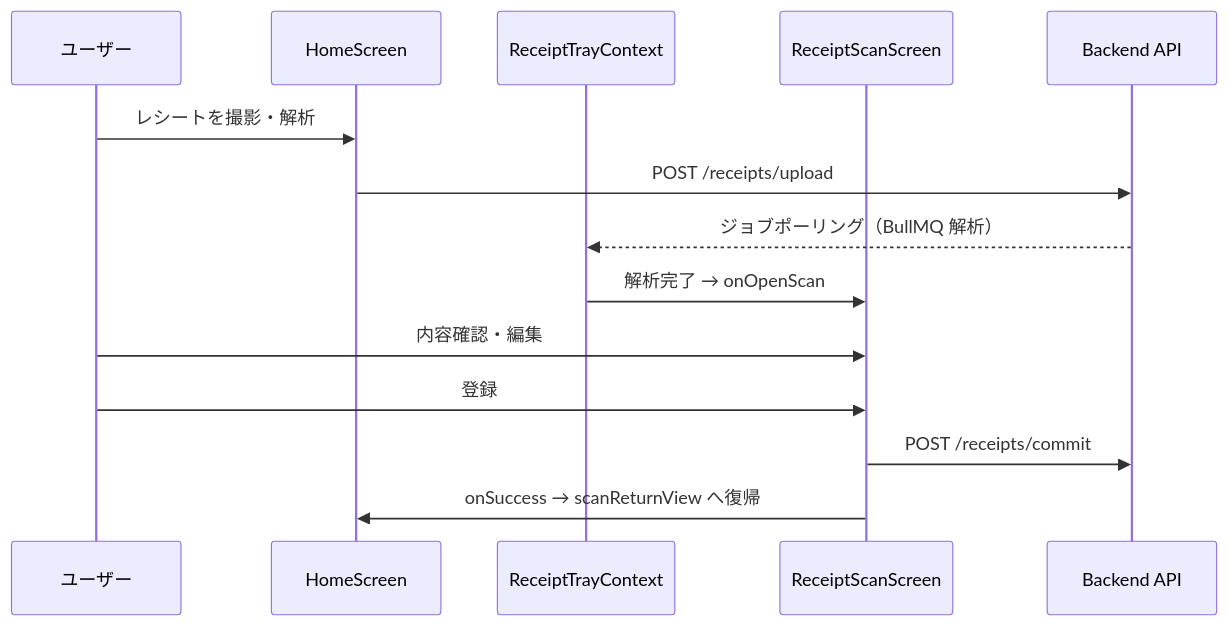
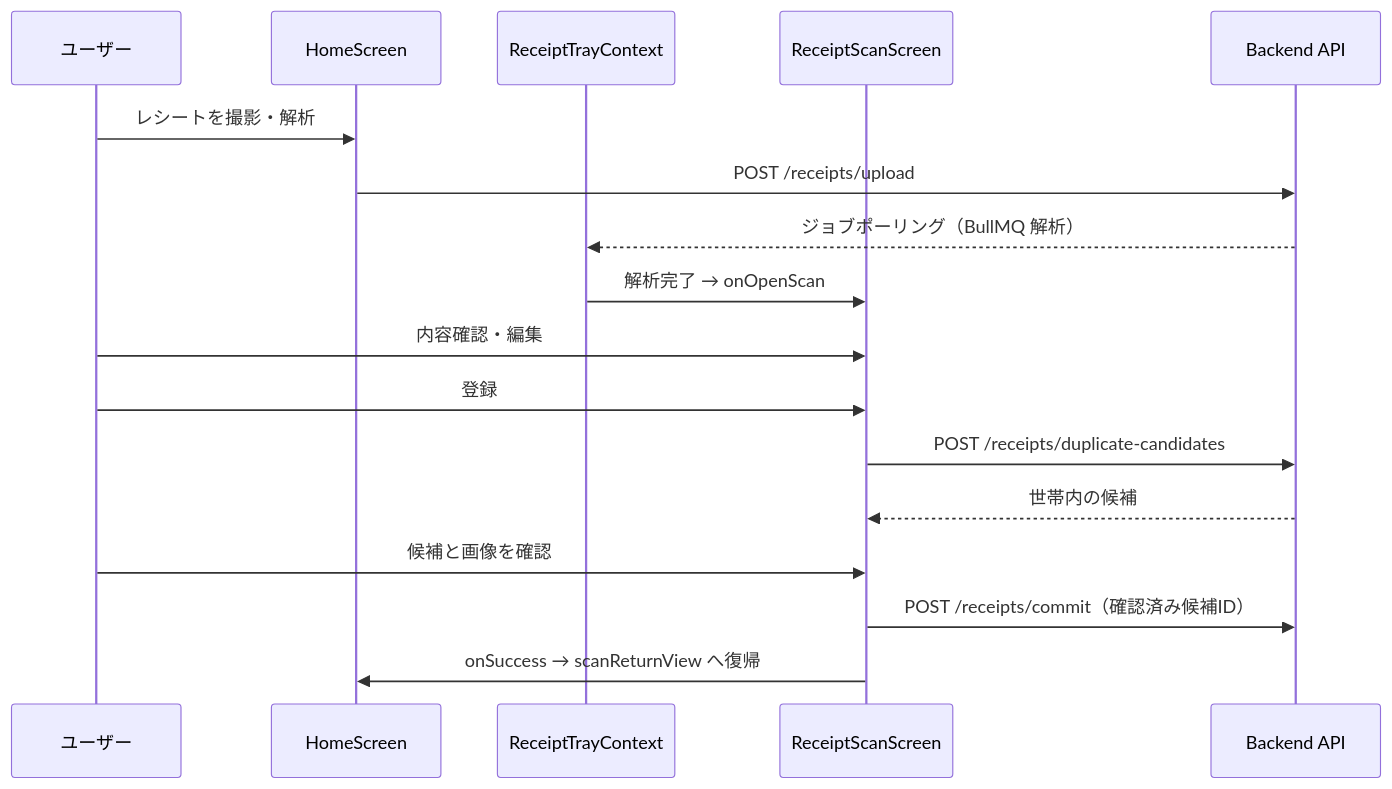
Before and after one commit to yama180sx/receipt-ai-app: the fourth of 4 diagrams in docs/design/frontend-screens.md, drawn with Mermaid. The commit also changed other lines of this file and 29 other files, not shown here.

Commit message:
feat: review possible duplicate receipts before saving

````diff
--- a/docs/design/frontend-screens.md
+++ b/docs/design/frontend-screens.md
@@ -291,17 +291,20 @@
 ```mermaid
 sequenceDiagram
   participant U as ユーザー
   participant Home as HomeScreen
   participant Tray as ReceiptTrayContext
   participant Scan as ReceiptScanScreen
   participant API as Backend API
 
   U->>Home: レシートを撮影・解析
   Home->>API: POST /receipts/upload
   API-->>Tray: ジョブポーリング（BullMQ 解析）
   Tray->>Scan: 解析完了 → onOpenScan
   U->>Scan: 内容確認・編集
   U->>Scan: 登録
-  Scan->>API: POST /receipts/commit
+  Scan->>API: POST /receipts/duplicate-candidates
+  API-->>Scan: 世帯内の候補
+  U->>Scan: 候補と画像を確認
+  Scan->>API: POST /receipts/commit（確認済み候補ID）
   Scan->>Home: onSuccess → scanReturnView へ復帰
 ```
````
